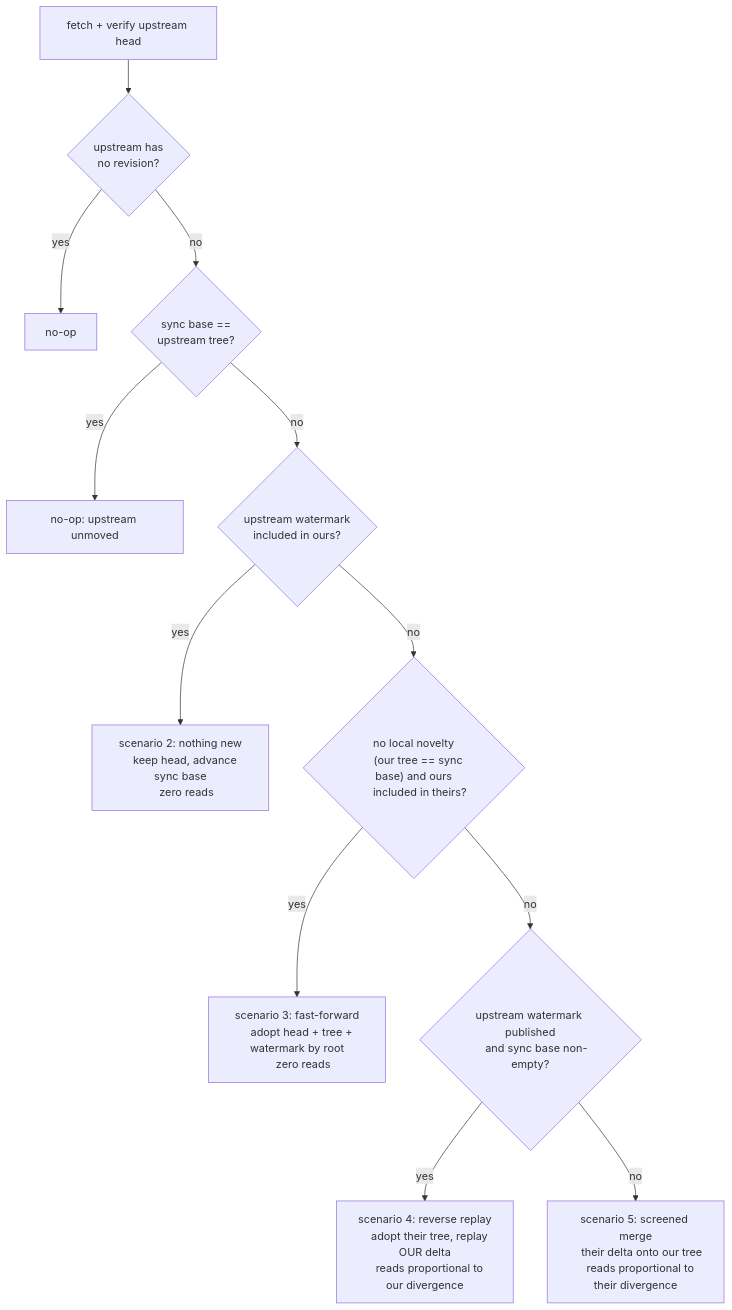
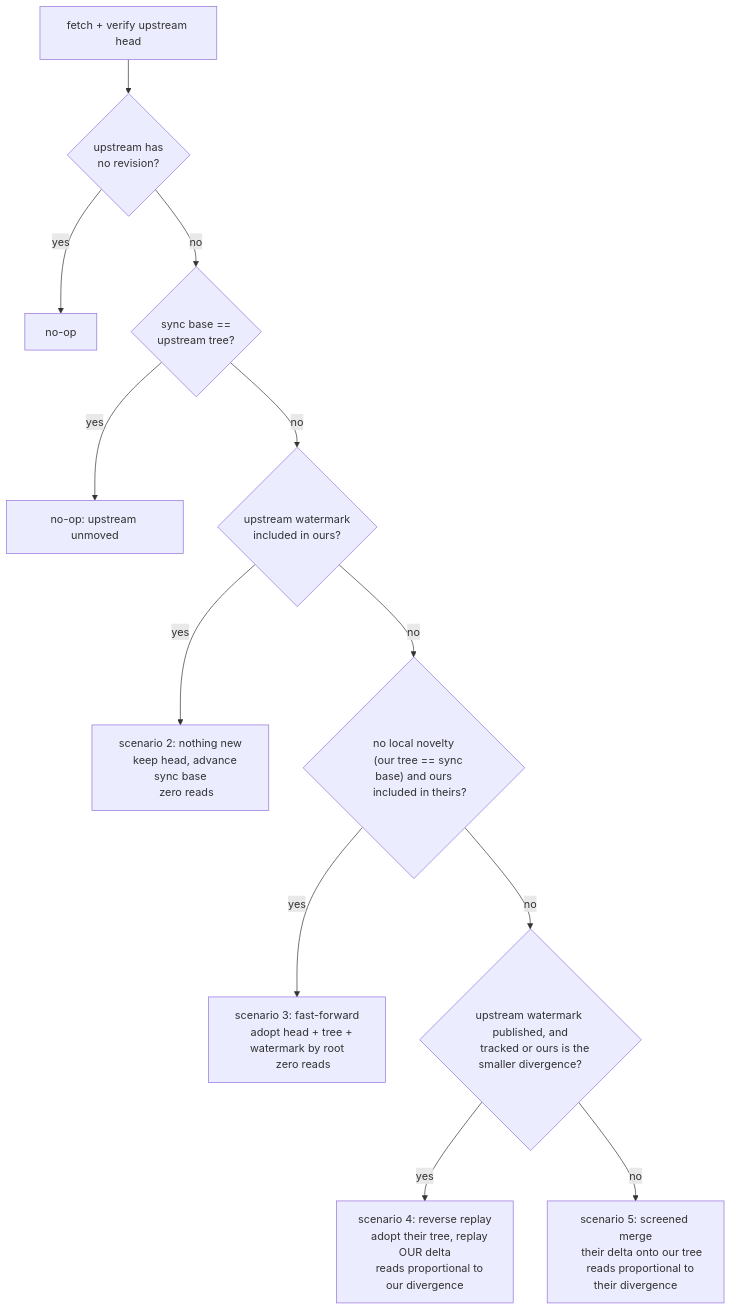
The third of 8 diagrams in notes/version-control.md (dialog-db/dialog-db), drawn with Mermaid before and after one commit. The commit also changed other lines of this file and 2 other files, not shown here.

````diff
--- a/notes/version-control.md
+++ b/notes/version-control.md
@@ -144,28 +144,28 @@
 ```mermaid
 flowchart TD
     A["fetch + verify upstream head"] --> B{"upstream has
     no revision?"}
     B -- yes --> N1["no-op"]
     B -- no --> C{"sync base ==
     upstream tree?"}
     C -- yes --> N2["no-op: upstream unmoved"]
     C -- no --> D{"upstream watermark
     included in ours?"}
     D -- yes --> S2["scenario 2: nothing new
     keep head, advance sync base
     zero reads"]
     D -- no --> E{"no local novelty
     (our tree == sync base) and ours
     included in theirs?"}
     E -- yes --> S3["scenario 3: fast-forward
     adopt head + tree + watermark by root
     zero reads"]
-    E -- no --> F{"upstream watermark published
-    and sync base non-empty?"}
+    E -- no --> F{"upstream watermark published, and
+    tracked or ours is the smaller divergence?"}
     F -- yes --> S4["scenario 4: reverse replay
     adopt their tree, replay OUR delta
     reads proportional to our divergence"]
     F -- no --> S5["scenario 5: screened merge
     their delta onto our tree
     reads proportional to their divergence"]
 ```
````
